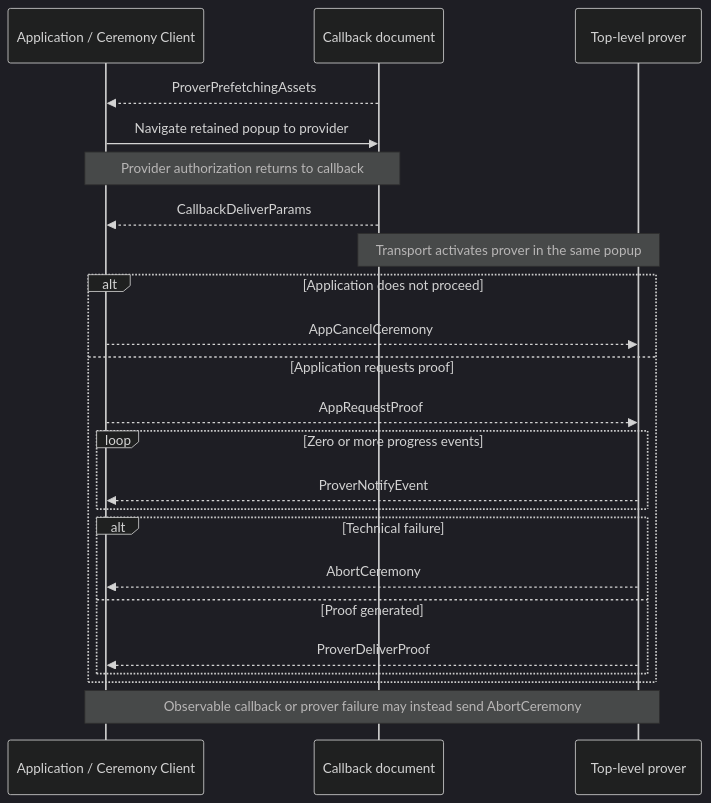
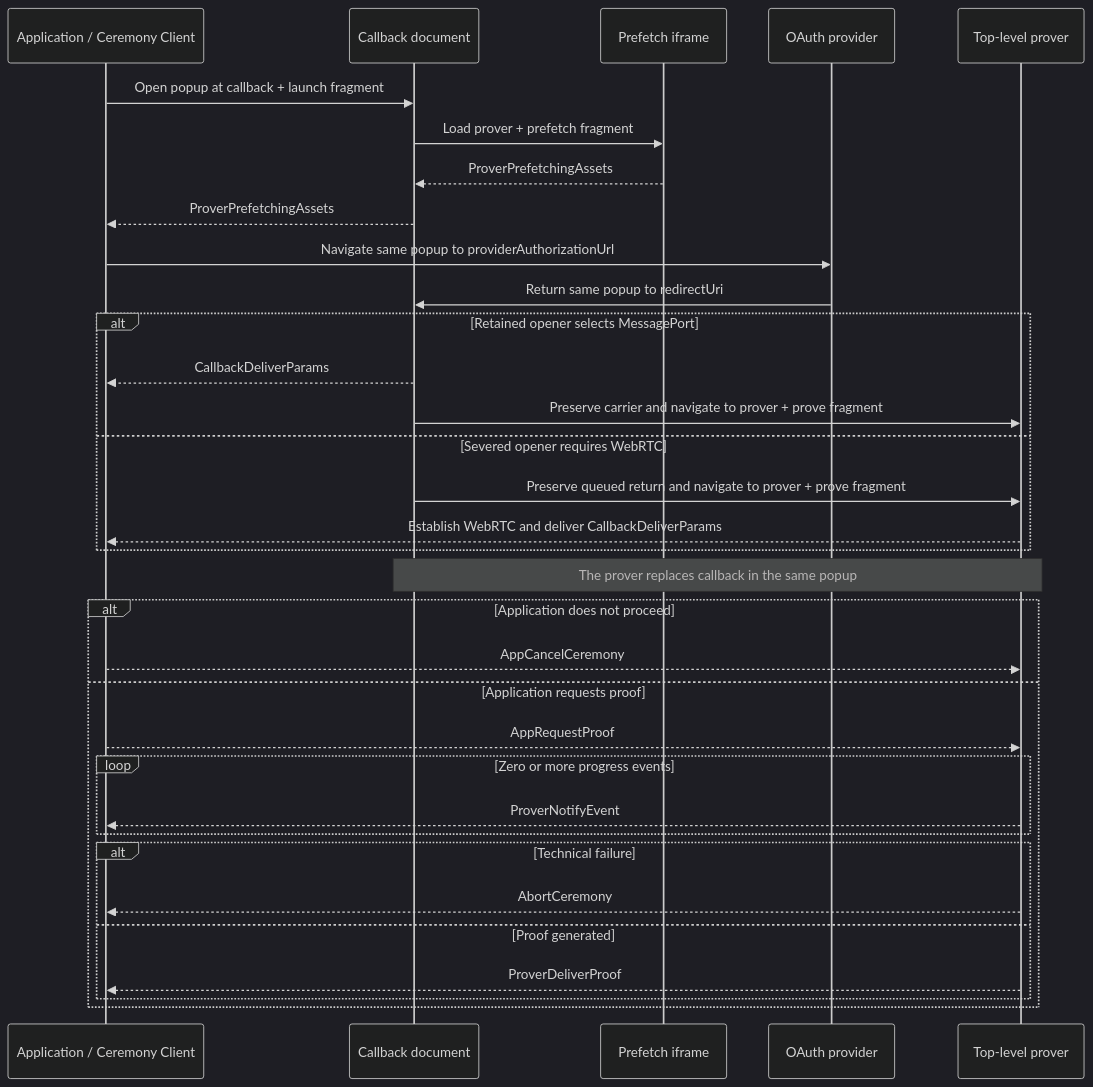
One commit to libid-org/libid changed the diagram in ts/packages/ceremony/CCDP.md. Above: the diagram before and after it, drawn with Mermaid (dark theme). The commit also changed other lines of this file and 5 other files, not shown here.

````diff
--- a/ts/packages/ceremony/CCDP.md
+++ b/ts/packages/ceremony/CCDP.md
@@ -254,26 +81,36 @@
 ```mermaid
 sequenceDiagram
     participant A as Application / Ceremony Client
     participant C as Callback document
+    participant F as Prefetch iframe
+    participant O as OAuth provider
     participant P as Top-level prover
 
+    A->>C: Open popup at callback + launch fragment
+    C->>F: Load prover + prefetch fragment
+    F-->>C: ProverPrefetchingAssets
     C-->>A: ProverPrefetchingAssets
-    A->>C: Navigate retained popup to provider
-    Note over A,C: Provider authorization returns to callback
-    C-->>A: CallbackDeliverParams
-    Note over C,P: Transport activates prover in the same popup
+    A->>O: Navigate same popup to providerAuthorizationUrl
+    O->>C: Return same popup to redirectUri
+    alt Retained opener selects MessagePort
+        C-->>A: CallbackDeliverParams
+        C->>P: Preserve carrier and navigate to prover + prove fragment
+    else Severed opener requires WebRTC
+        C->>P: Preserve queued return and navigate to prover + prove fragment
+        P-->>A: Establish WebRTC and deliver CallbackDeliverParams
+    end
+    Note over C,P: The prover replaces callback in the same popup
     alt Application does not proceed
         A-->>P: AppCancelCeremony
     else Application requests proof
         A-->>P: AppRequestProof
         loop Zero or more progress events
             P-->>A: ProverNotifyEvent
         end
         alt Technical failure
             P-->>A: AbortCeremony
         else Proof generated
             P-->>A: ProverDeliverProof
         end
     end
-    Note over A,P: Observable callback or prover failure may instead send AbortCeremony
 ```
````
